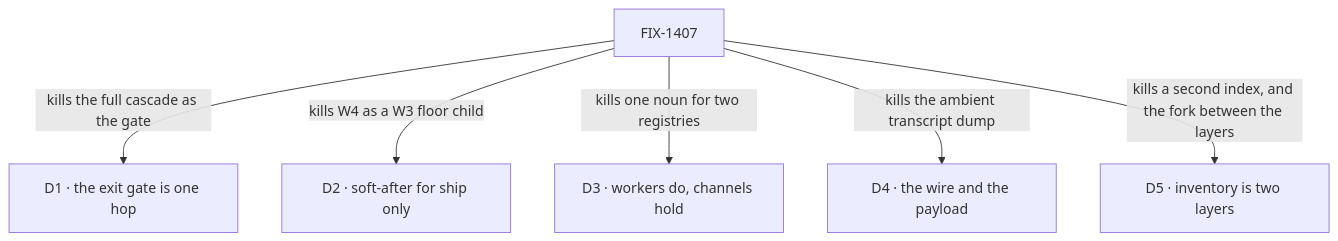
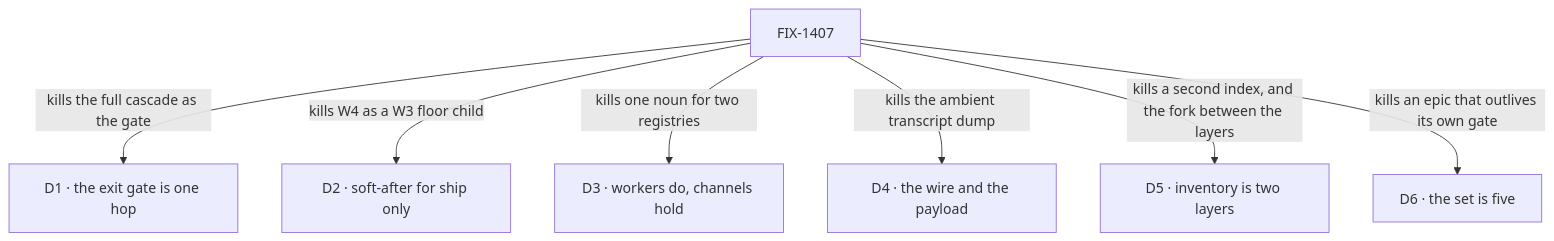
The diagram in spec/_epics/work-routing-package-cohesion/DECISIONS.md (fixpoint-labs/flow-state-dev), drawn with Mermaid before and after one commit. The commit also changed other lines of this file and 6 other files, not shown here.

First line of the commit message:
spec(epic): fold the objective gate into the W4 epic-spec (FIX-1407)

````diff
--- a/spec/_epics/work-routing-package-cohesion/DECISIONS.md
+++ b/spec/_epics/work-routing-package-cohesion/DECISIONS.md
@@ -12,8 +13,9 @@
 ```mermaid
 flowchart TD
   E["FIX-1407"] -->|"kills the full cascade as the gate"| D1["D1 · the exit gate is one hop"]
   E -->|"kills W4 as a W3 floor child"| D2["D2 · soft-after for ship only"]
   E -->|"kills one noun for two registries"| D3["D3 · workers do, channels hold"]
   E -->|"kills the ambient transcript dump"| D4["D4 · the wire and the payload"]
   E -->|"kills a second index, and the fork between the layers"| D5["D5 · inventory is two layers"]
+  E -->|"kills an epic that outlives its own gate"| D6["D6 · the set is five"]
 ```
````
